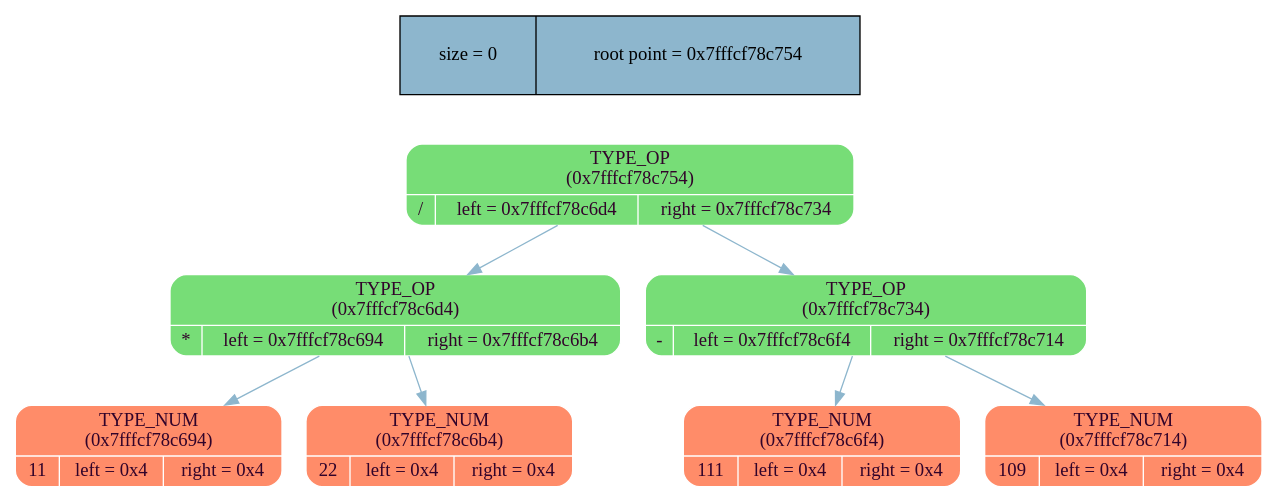
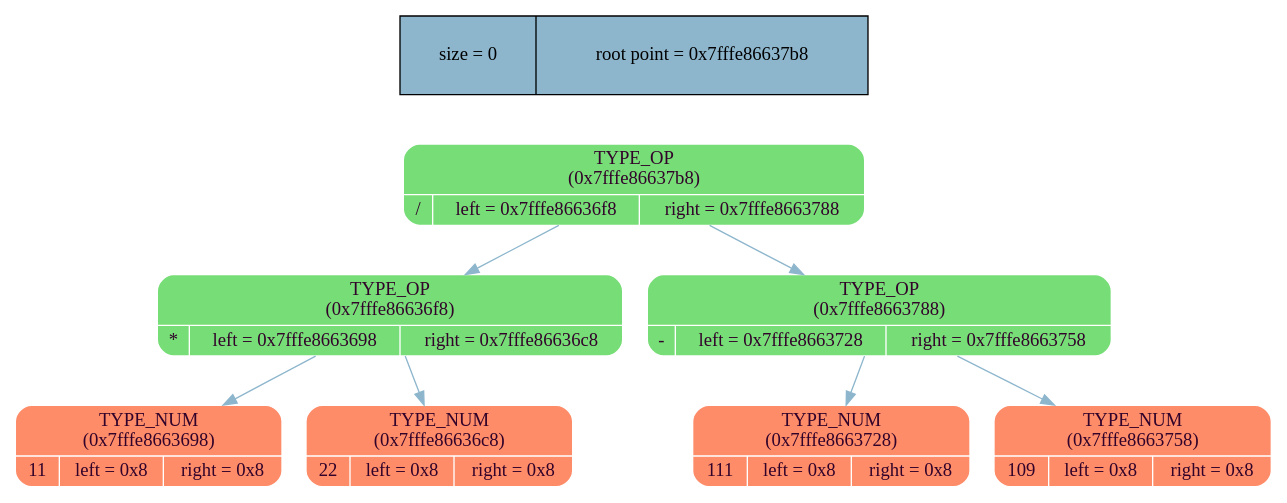
The diagram in tree/graph_lib/tree_dump.dot (MaxGroshev/differentiator), drawn with Graphviz before and after one commit. The commit also changed 6 other files, not shown here.

```diff
--- a/tree/graph_lib/tree_dump.dot
+++ b/tree/graph_lib/tree_dump.dot
@@ -1,22 +1,22 @@
 digraph   
 {
 rankdir = ""
 splines = "true"
 
-node_stat [margin = "0.3*0.3", style = "filled", shape = "record", fillcolor = "#8DB6CD" label = " size = 0 | root point = 0x7fffcf78c754"]
+node_stat [margin = "0.3*0.3", style = "filled", shape = "record", fillcolor = "#8DB6CD" label = " size = 0 | root point = 0x7fffe86637b8"]
 {rank = source; node_stat}
 
-node0x7fffcf78c754 [shape = "Mrecord", fillcolor = "#77DD77", style = "filled", fontcolor = "#31032A", fontname = "Calibri", color = "white", label = "{TYPE_OP\n (0x7fffcf78c754)| {/ |left = 0x7fffcf78c6d4 |right = 0x7fffcf78c734}}"]
-node0x7fffcf78c754 -> node0x7fffcf78c6d4 [color = "#8DB6CD", style = "", constraint = true, fillcolor = "#8DB6CD",   fontcolor = "", fontname = "Calibri", label = ""];
-node0x7fffcf78c6d4 [shape = "Mrecord", fillcolor = "#77DD77", style = "filled", fontcolor = "#31032A", fontname = "Calibri", color = "white", label = "{TYPE_OP\n (0x7fffcf78c6d4)| {* |left = 0x7fffcf78c694 |right = 0x7fffcf78c6b4}}"]
-node0x7fffcf78c6d4 -> node0x7fffcf78c694 [color = "#8DB6CD", style = "", constraint = true, fillcolor = "#8DB6CD",   fontcolor = "", fontname = "Calibri", label = ""];
-node0x7fffcf78c694 [shape = "Mrecord", fillcolor = "#FF8C69", style = "filled", fontcolor = "#31032A", fontname = "Calibri", color = "white", label = "{TYPE_NUM\n (0x7fffcf78c694)| {11 |left = 0x4 |right = 0x4}}"]
-node0x7fffcf78c6d4 -> node0x7fffcf78c6b4 [color = "#8DB6CD", style = "", constraint = true, fillcolor = "#8DB6CD",   fontcolor = "", fontname = "Calibri", label = ""];
-node0x7fffcf78c6b4 [shape = "Mrecord", fillcolor = "#FF8C69", style = "filled", fontcolor = "#31032A", fontname = "Calibri", color = "white", label = "{TYPE_NUM\n (0x7fffcf78c6b4)| {22 |left = 0x4 |right = 0x4}}"]
-node0x7fffcf78c754 -> node0x7fffcf78c734 [color = "#8DB6CD", style = "", constraint = true, fillcolor = "#8DB6CD",   fontcolor = "", fontname = "Calibri", label = ""];
-node0x7fffcf78c734 [shape = "Mrecord", fillcolor = "#77DD77", style = "filled", fontcolor = "#31032A", fontname = "Calibri", color = "white", label = "{TYPE_OP\n (0x7fffcf78c734)| {- |left = 0x7fffcf78c6f4 |right = 0x7fffcf78c714}}"]
-node0x7fffcf78c734 -> node0x7fffcf78c6f4 [color = "#8DB6CD", style = "", constraint = true, fillcolor = "#8DB6CD",   fontcolor = "", fontname = "Calibri", label = ""];
-node0x7fffcf78c6f4 [shape = "Mrecord", fillcolor = "#FF8C69", style = "filled", fontcolor = "#31032A", fontname = "Calibri", color = "white", label = "{TYPE_NUM\n (0x7fffcf78c6f4)| {111 |left = 0x4 |right = 0x4}}"]
-node0x7fffcf78c734 -> node0x7fffcf78c714 [color = "#8DB6CD", style = "", constraint = true, fillcolor = "#8DB6CD",   fontcolor = "", fontname = "Calibri", label = ""];
-node0x7fffcf78c714 [shape = "Mrecord", fillcolor = "#FF8C69", style = "filled", fontcolor = "#31032A", fontname = "Calibri", color = "white", label = "{TYPE_NUM\n (0x7fffcf78c714)| {109 |left = 0x4 |right = 0x4}}"]
+node0x7fffe86637b8 [shape = "Mrecord", fillcolor = "#77DD77", style = "filled", fontcolor = "#31032A", fontname = "Calibri", color = "white", label = "{TYPE_OP\n (0x7fffe86637b8)| {/ |left = 0x7fffe86636f8 |right = 0x7fffe8663788}}"]
+node0x7fffe86637b8 -> node0x7fffe86636f8 [color = "#8DB6CD", style = "", constraint = true, fillcolor = "#8DB6CD",   fontcolor = "", fontname = "Calibri", label = ""];
+node0x7fffe86636f8 [shape = "Mrecord", fillcolor = "#77DD77", style = "filled", fontcolor = "#31032A", fontname = "Calibri", color = "white", label = "{TYPE_OP\n (0x7fffe86636f8)| {* |left = 0x7fffe8663698 |right = 0x7fffe86636c8}}"]
+node0x7fffe86636f8 -> node0x7fffe8663698 [color = "#8DB6CD", style = "", constraint = true, fillcolor = "#8DB6CD",   fontcolor = "", fontname = "Calibri", label = ""];
+node0x7fffe8663698 [shape = "Mrecord", fillcolor = "#FF8C69", style = "filled", fontcolor = "#31032A", fontname = "Calibri", color = "white", label = "{TYPE_NUM\n (0x7fffe8663698)| {11 |left = 0x8 |right = 0x8}}"]
+node0x7fffe86636f8 -> node0x7fffe86636c8 [color = "#8DB6CD", style = "", constraint = true, fillcolor = "#8DB6CD",   fontcolor = "", fontname = "Calibri", label = ""];
+node0x7fffe86636c8 [shape = "Mrecord", fillcolor = "#FF8C69", style = "filled", fontcolor = "#31032A", fontname = "Calibri", color = "white", label = "{TYPE_NUM\n (0x7fffe86636c8)| {22 |left = 0x8 |right = 0x8}}"]
+node0x7fffe86637b8 -> node0x7fffe8663788 [color = "#8DB6CD", style = "", constraint = true, fillcolor = "#8DB6CD",   fontcolor = "", fontname = "Calibri", label = ""];
+node0x7fffe8663788 [shape = "Mrecord", fillcolor = "#77DD77", style = "filled", fontcolor = "#31032A", fontname = "Calibri", color = "white", label = "{TYPE_OP\n (0x7fffe8663788)| {- |left = 0x7fffe8663728 |right = 0x7fffe8663758}}"]
+node0x7fffe8663788 -> node0x7fffe8663728 [color = "#8DB6CD", style = "", constraint = true, fillcolor = "#8DB6CD",   fontcolor = "", fontname = "Calibri", label = ""];
+node0x7fffe8663728 [shape = "Mrecord", fillcolor = "#FF8C69", style = "filled", fontcolor = "#31032A", fontname = "Calibri", color = "white", label = "{TYPE_NUM\n (0x7fffe8663728)| {111 |left = 0x8 |right = 0x8}}"]
+node0x7fffe8663788 -> node0x7fffe8663758 [color = "#8DB6CD", style = "", constraint = true, fillcolor = "#8DB6CD",   fontcolor = "", fontname = "Calibri", label = ""];
+node0x7fffe8663758 [shape = "Mrecord", fillcolor = "#FF8C69", style = "filled", fontcolor = "#31032A", fontname = "Calibri", color = "white", label = "{TYPE_NUM\n (0x7fffe8663758)| {109 |left = 0x8 |right = 0x8}}"]
 }
```
